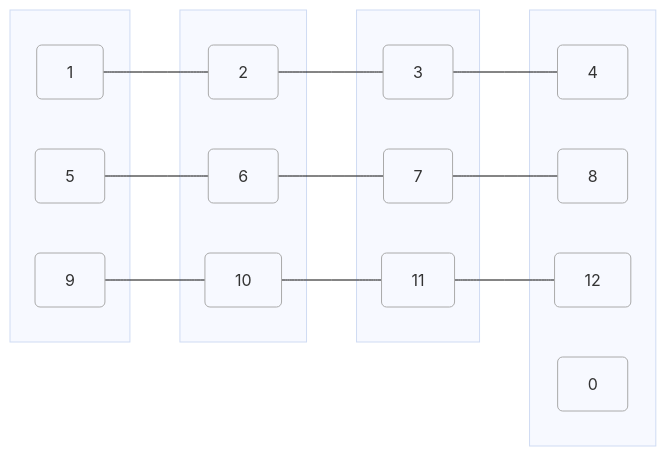
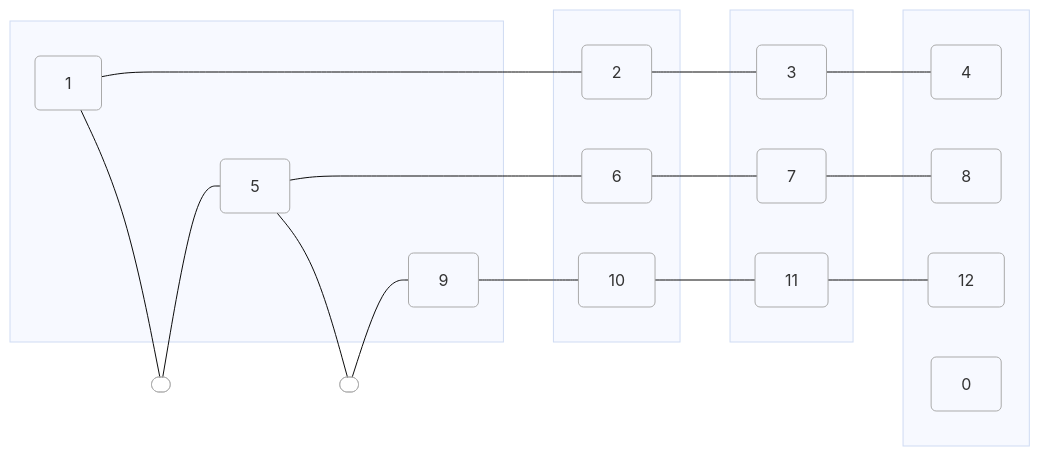
Before and after one commit to athena-tircgo/amr-lsj: the second of 2 diagrams in README.md, drawn with Mermaid (base theme).

````diff
--- a/README.md
+++ b/README.md
@@ -50,40 +50,45 @@
 ```mermaid
 graph LR
     %% 樣式設定
     classDef node fill:none,stroke:#aaa,stroke-width:1px,rx:5,ry:5;
 
     %% 第一欄
     subgraph col1[ ]
         A1[1]:::node
         A2[5]:::node
         A3[9]:::node
     end
 
     %% 第二欄
     subgraph col2[ ]
         A4[2]:::node
         A5[6]:::node
         A6[10]:::node
     end
 
     %% 第三欄
     subgraph col3[ ]
         A7[3]:::node
         A8[7]:::node
         A9[11]:::node
     end
 
     %% 第四欄
     subgraph col4[ ]
         A10[4]:::node
         A11[8]:::node
         A12[12]:::node
         A13[0]:::node
     end
 
     %% 橫向連線
     A1 --- A4 --- A7 --- A10
     A2 --- A5 --- A8 --- A11
     A3 --- A6 --- A9 --- A12
 
+   %% 垂直線用透明節點
+    X1([ ]):::node
+    X2([ ]):::node
+
+    A1 --- X1 --- A2 --- X2 --- A3
 ```
````
